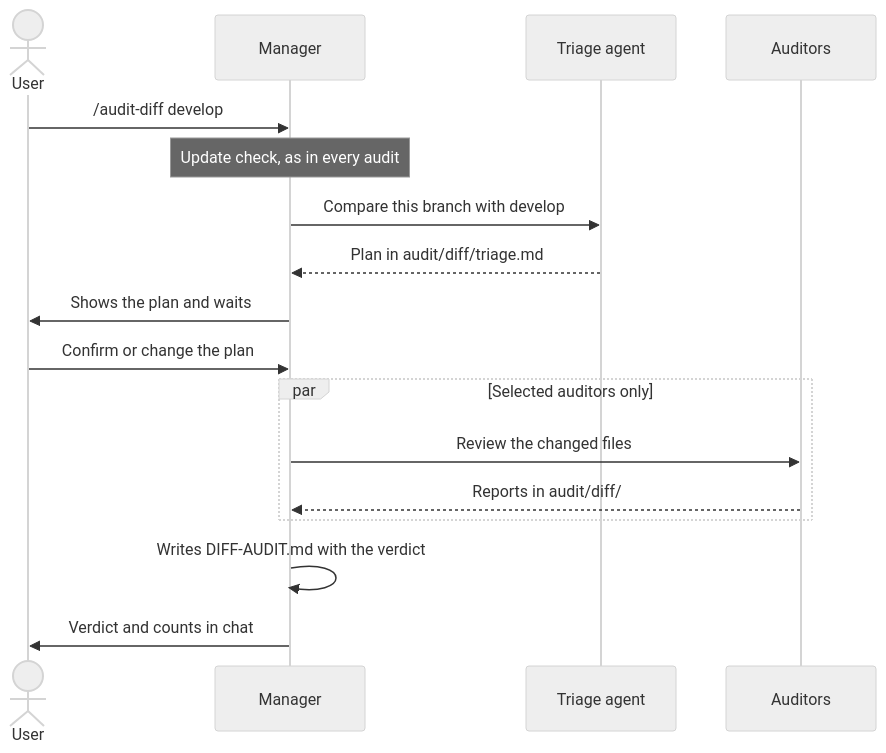
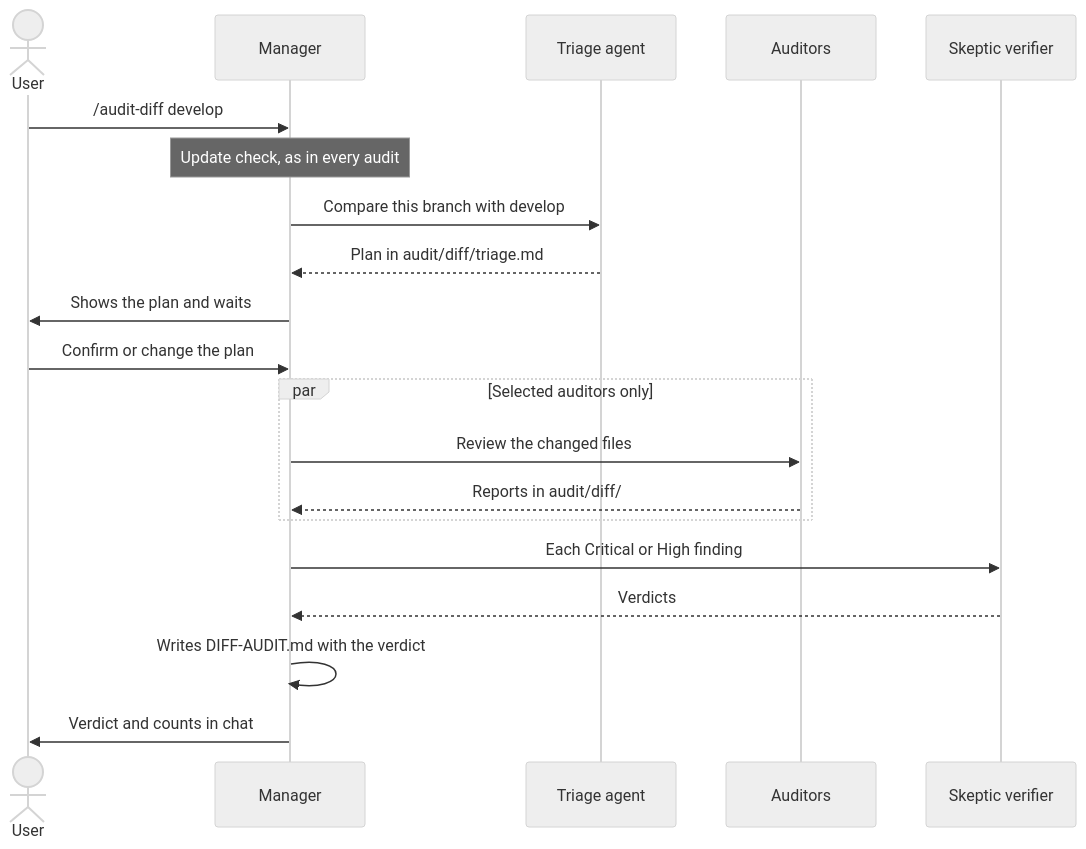
One commit to victorfigueira/audit-kit changed the third of 4 diagrams in docs/GUIDE.md. Above: the diagram before and after it, drawn with Mermaid (neutral theme). The commit also changed other lines of this file and 10 other files, not shown here.

Commit message:
v2.0.0: skeptic verifier filters false positives

````diff
--- a/docs/GUIDE.md
+++ b/docs/GUIDE.md
@@ -254,20 +263,23 @@
 ```mermaid
 sequenceDiagram
     actor U as User
     participant M as Manager
     participant T as Triage agent
     participant A as Auditors
+    participant V as Skeptic verifier
 
     U->>M: /audit-diff develop
     Note over M: Update check, as in every audit
     M->>T: Compare this branch with develop
     T-->>M: Plan in audit/diff/triage.md
     M->>U: Shows the plan and waits
     U->>M: Confirm or change the plan
     par Selected auditors only
         M->>A: Review the changed files
         A-->>M: Reports in audit/diff/
     end
+    M->>V: Each Critical or High finding
+    V-->>M: Verdicts
     M->>M: Writes DIFF-AUDIT.md with the verdict
     M->>U: Verdict and counts in chat
 ```
````
